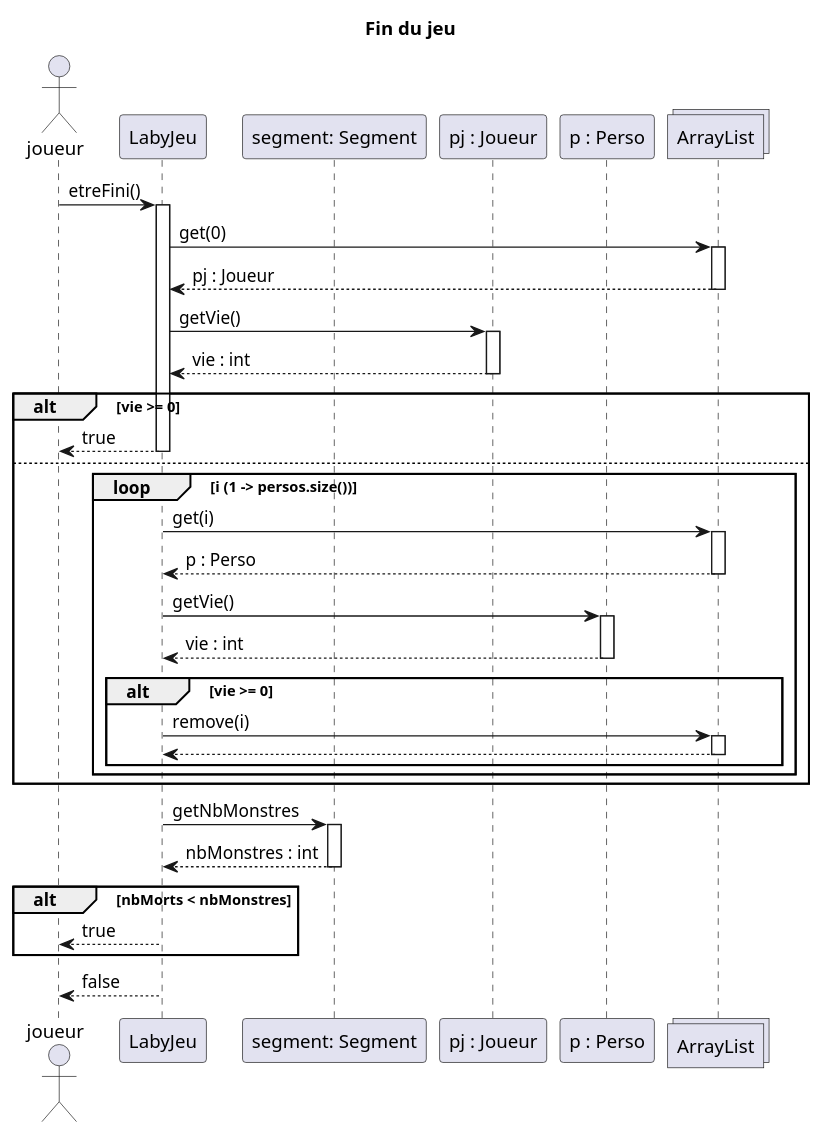
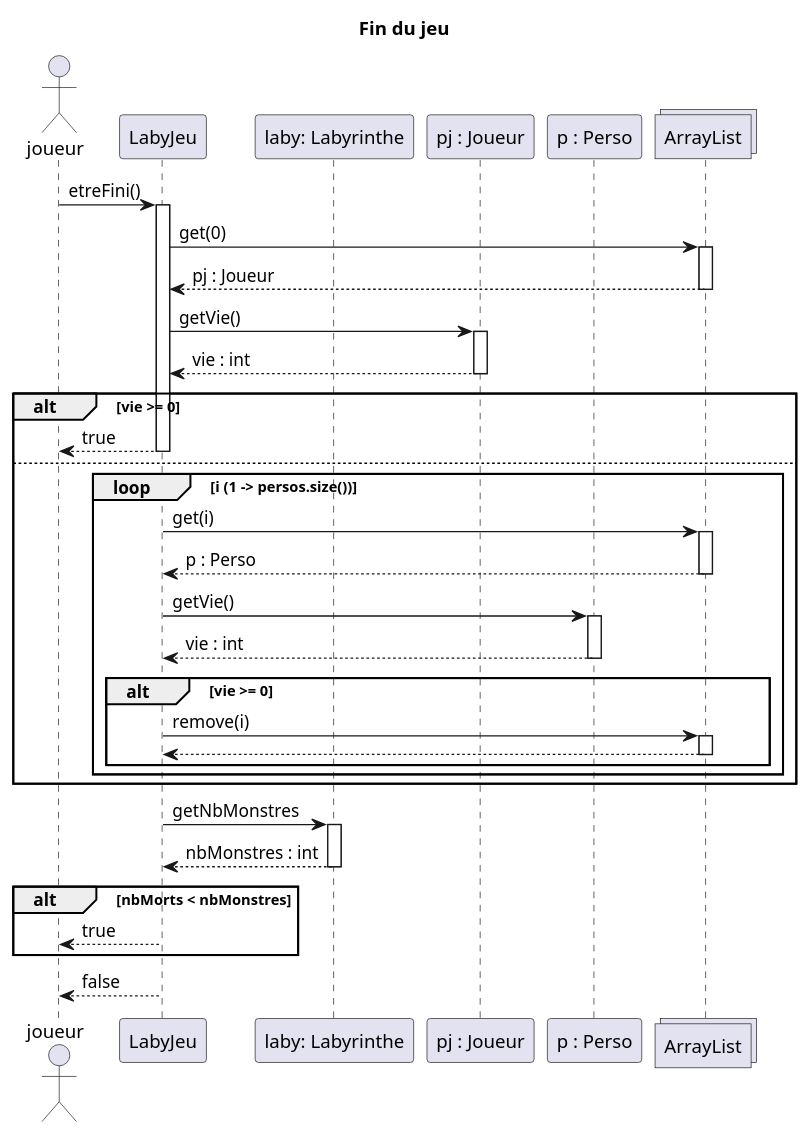
One commit to Packingdustry/2024_Zeldiablo_massoncl1u_delaborde2u_e2074u_marti1228u_e2920u changed the diagram in projet_zeldiablo/documents/version_2/etreFini.puml. Above: the diagram before and after it, drawn with PlantUML. The commit also changed 2 other files, not shown here.

Commit message:
ajoute le diagramme de classe du déplacement aléatoire des monstres

```diff
--- a/projet_zeldiablo/documents/version_2/etreFini.puml
+++ b/projet_zeldiablo/documents/version_2/etreFini.puml
@@ -1,48 +1,48 @@
 @startuml
 title Fin du jeu
 actor joueur as j
 participant LabyJeu as ljeu
-participant "segment: Segment" as laby
+participant "laby: Labyrinthe" as laby
 participant "pj : Joueur" as pj
 participant "p : Perso" as p
 collections ArrayList as al
 j -> ljeu : etreFini()
 activate ljeu
     ljeu -> al : get(0)
     activate al
         ljeu <-- al : pj : Joueur
     deactivate al
         ljeu -> pj : getVie()
     activate pj
         ljeu <-- pj : vie : int
     deactivate pj
     alt vie >= 0
         return true
     else
         loop i (1 -> persos.size())
             ljeu -> al : get(i)
             activate al
                 return p : Perso
             deactivate al
             ljeu -> p : getVie()
             activate p
                 return vie : int
             deactivate p
             alt vie >= 0
                 ljeu -> al : remove(i)
                 activate al
                     ljeu <-- al
                 deactivate al
             end
         end
     end
     ljeu -> laby : getNbMonstres
     activate laby
         return nbMonstres : int
     deactivate laby
     alt nbMorts < nbMonstres
     j <-- ljeu : true
     end
     j <-- ljeu : false
 deactivate ljeu
 @enduml
```
